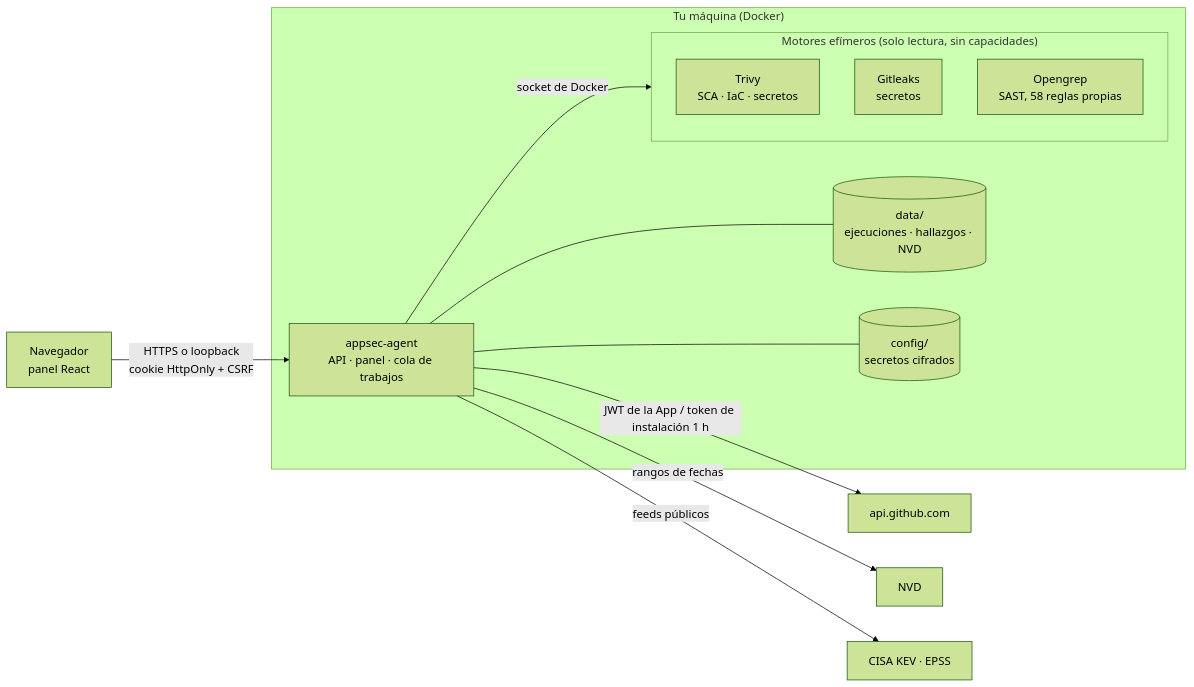
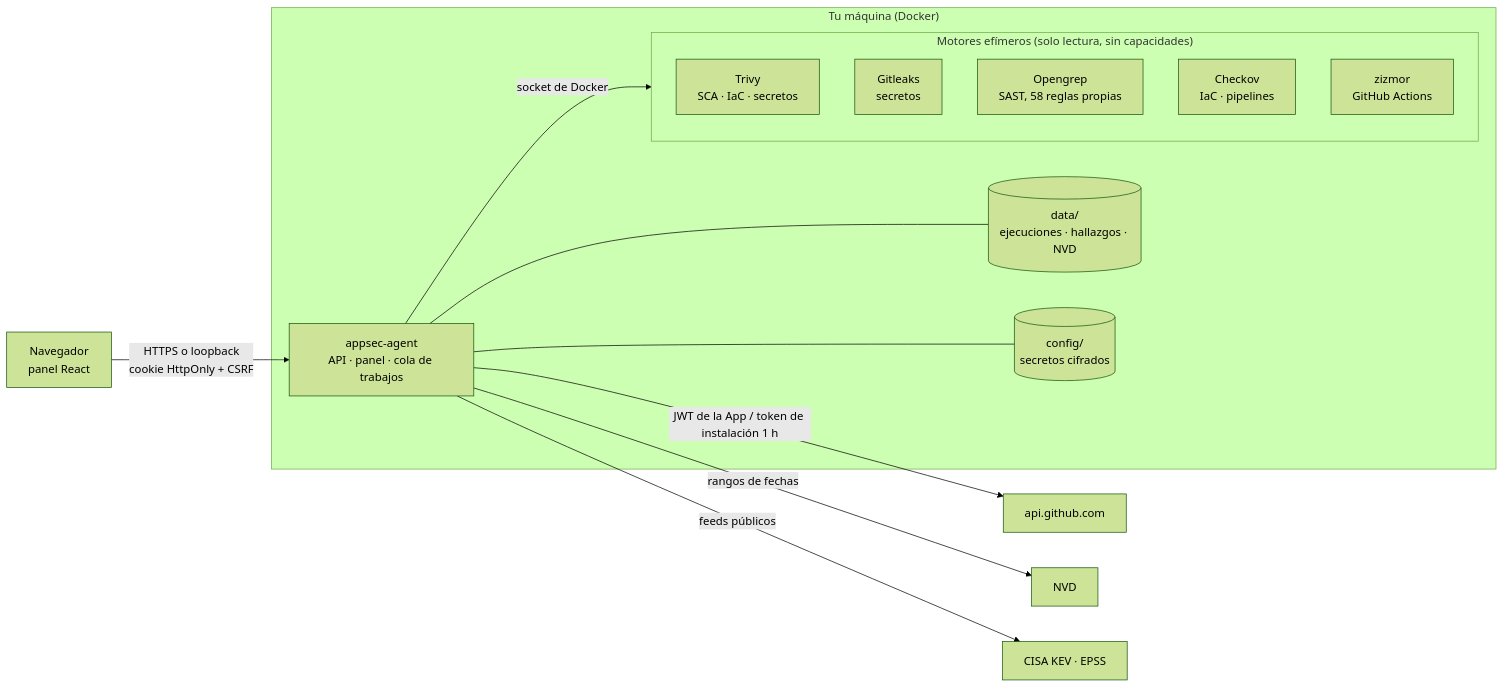
The diagram in docs/arquitectura.md (BrayansStivens/Tamandua-AppSec), drawn with Mermaid (forest theme) before and after one commit. The commit also changed other lines of this file and 59 other files, not shown here.

````diff
--- a/docs/arquitectura.md
+++ b/docs/arquitectura.md
@@ -5,22 +5,24 @@
 ```mermaid
 flowchart LR
   browser["Navegador<br/>panel React"] -- "HTTPS o loopback<br/>cookie HttpOnly + CSRF" --> app
 
   subgraph host["Tu máquina (Docker)"]
     app["appsec-agent<br/>API · panel · cola de trabajos"]
     app -- "socket de Docker" --> engines
     subgraph engines["Motores efímeros (solo lectura, sin capacidades)"]
       trivy["Trivy<br/>SCA · IaC · secretos"]
       gitleaks["Gitleaks<br/>secretos"]
       opengrep["Opengrep<br/>SAST, 58 reglas propias"]
+      checkov["Checkov<br/>IaC · pipelines"]
+      zizmor["zizmor<br/>GitHub Actions"]
     end
     data[("data/<br/>ejecuciones · hallazgos · NVD")]
     config[("config/<br/>secretos cifrados")]
     app --- data
     app --- config
   end
 
   app -- "JWT de la App / token de instalación 1 h" --> github["api.github.com"]
   app -- "rangos de fechas" --> nvd["NVD"]
   app -- "feeds públicos" --> feeds["CISA KEV · EPSS"]
 ```
````
